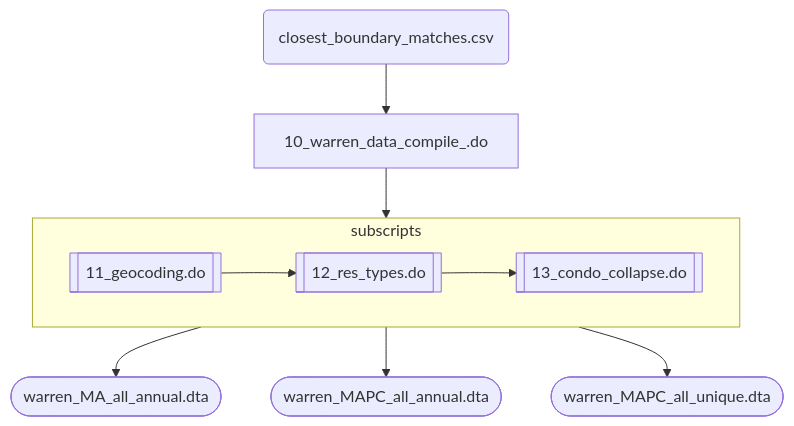
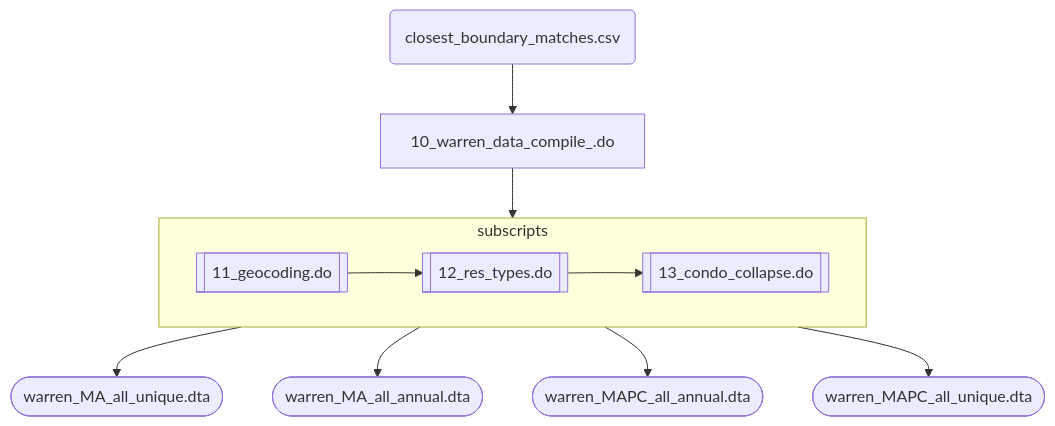
One commit to nchiumenti/boston_zoning changed the second of 6 diagrams in code/data_setup/README.md. Above: the diagram before and after it, drawn with Mermaid. The commit also changed other lines of this file and 5 other files, not shown here.

````diff
--- a/code/data_setup/README.md
+++ b/code/data_setup/README.md
@@ -59,22 +80,24 @@
 ```mermaid
 flowchart TD
 
   d0(closest_boundary_matches.csv)
   f0[10_warren_data_compile_.do];
   f1@{ shape: subproc, label: 11_geocoding.do}
   f2@{ shape: subproc, label: "12_res_types.do" }
   f3@{ shape: subproc, label: "13_condo_collapse.do" }
 
   subgraph subscripts;
     f1-->f2-->f3;
   end
 
+  d1([warren_MA_all_unique.dta])
   d2([warren_MA_all_annual.dta]);
   d3([warren_MAPC_all_annual.dta]);
   d4([warren_MAPC_all_unique.dta]);
 
   d0 --> f0 --> subscripts
+  subscripts --> d1
   subscripts --> d2
   subscripts --> d3
   subscripts --> d4
 ```
````
